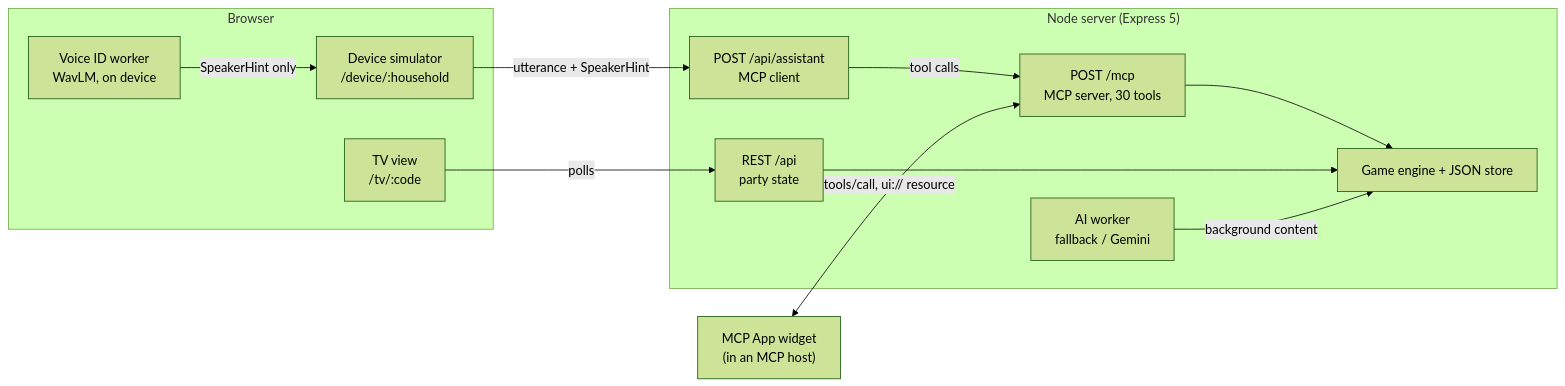
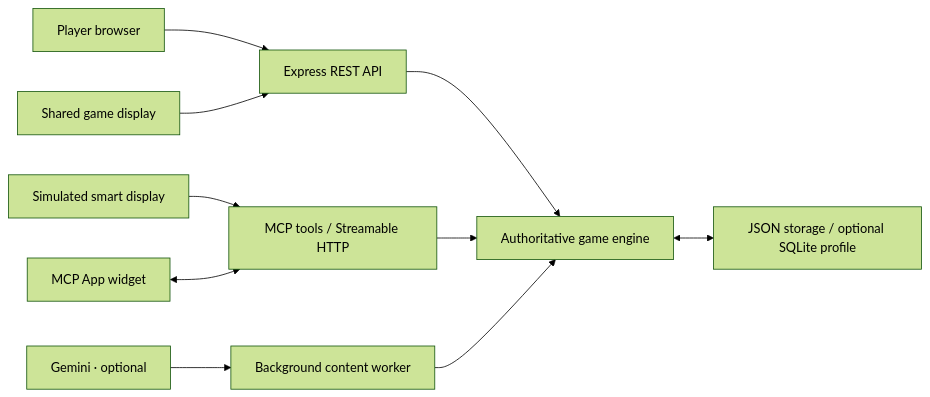
Before and after one commit to Azrkiel/Benchwarmers: the diagram in README.md, drawn with Mermaid (forest theme). The commit also changed other lines of this file and 1 other file, not shown here.

Commit message:
docs: present project with MIT license, interactive guides and smart display preview

````diff
--- a/README.md
+++ b/README.md
@@ -25,24 +152,12 @@
 ```mermaid
 flowchart LR
-  subgraph Browser
-    DEV["Device simulator<br/>/device/:household"]
-    VID["Voice ID worker<br/>WavLM, on device"]
-    TV["TV view<br/>/tv/:code"]
-  end
-  subgraph Server["Node server (Express 5)"]
-    ASSIST["POST /api/assistant<br/>MCP client"]
-    MCP["POST /mcp<br/>MCP server, 30 tools"]
-    REST["REST /api<br/>party state"]
-    ENGINE["Game engine + JSON store"]
-    AI["AI worker<br/>fallback / Gemini"]
-  end
-  WIDGET["MCP App widget<br/>(in an MCP host)"]
-  VID -- SpeakerHint only --> DEV
-  DEV -- utterance + SpeakerHint --> ASSIST
-  ASSIST -- tool calls --> MCP
-  WIDGET <-- tools/call, ui:// resource --> MCP
-  MCP --> ENGINE
-  REST --> ENGINE
-  TV -- polls --> REST
-  AI -- background content --> ENGINE
+    Phone["Player browser"] --> REST["Express REST API"]
+    Shared["Shared game display"] --> REST
+    Smart["Simulated smart display"] --> MCP["MCP tools / Streamable HTTP"]
+    Widget["MCP App widget"] <--> MCP
+    REST --> Game["Authoritative game engine"]
+    MCP --> Game
+    Game <--> Store["JSON storage / optional SQLite profile"]
+    Gemini["Gemini · optional"] --> Worker["Background content worker"]
+    Worker --> Game
 ```
````
